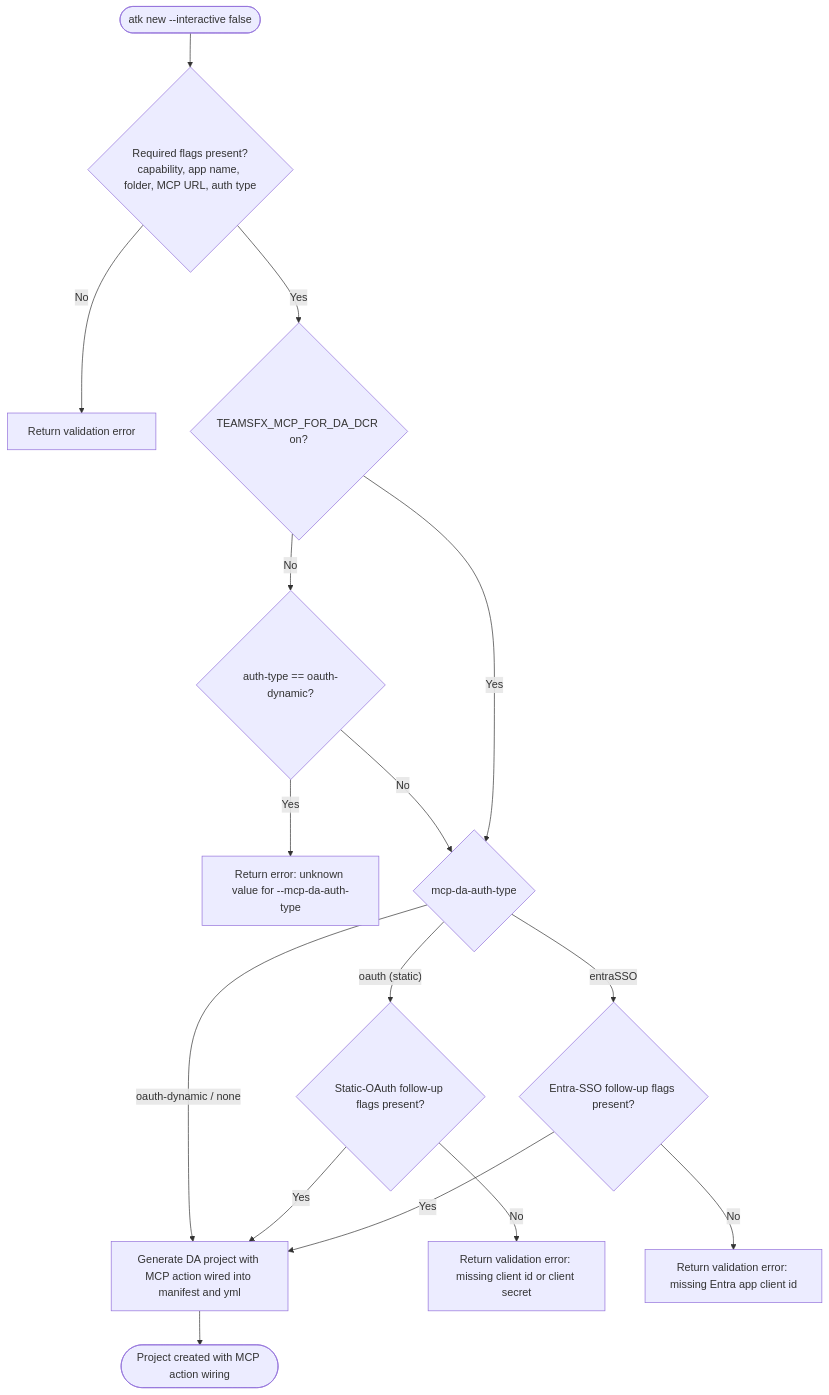
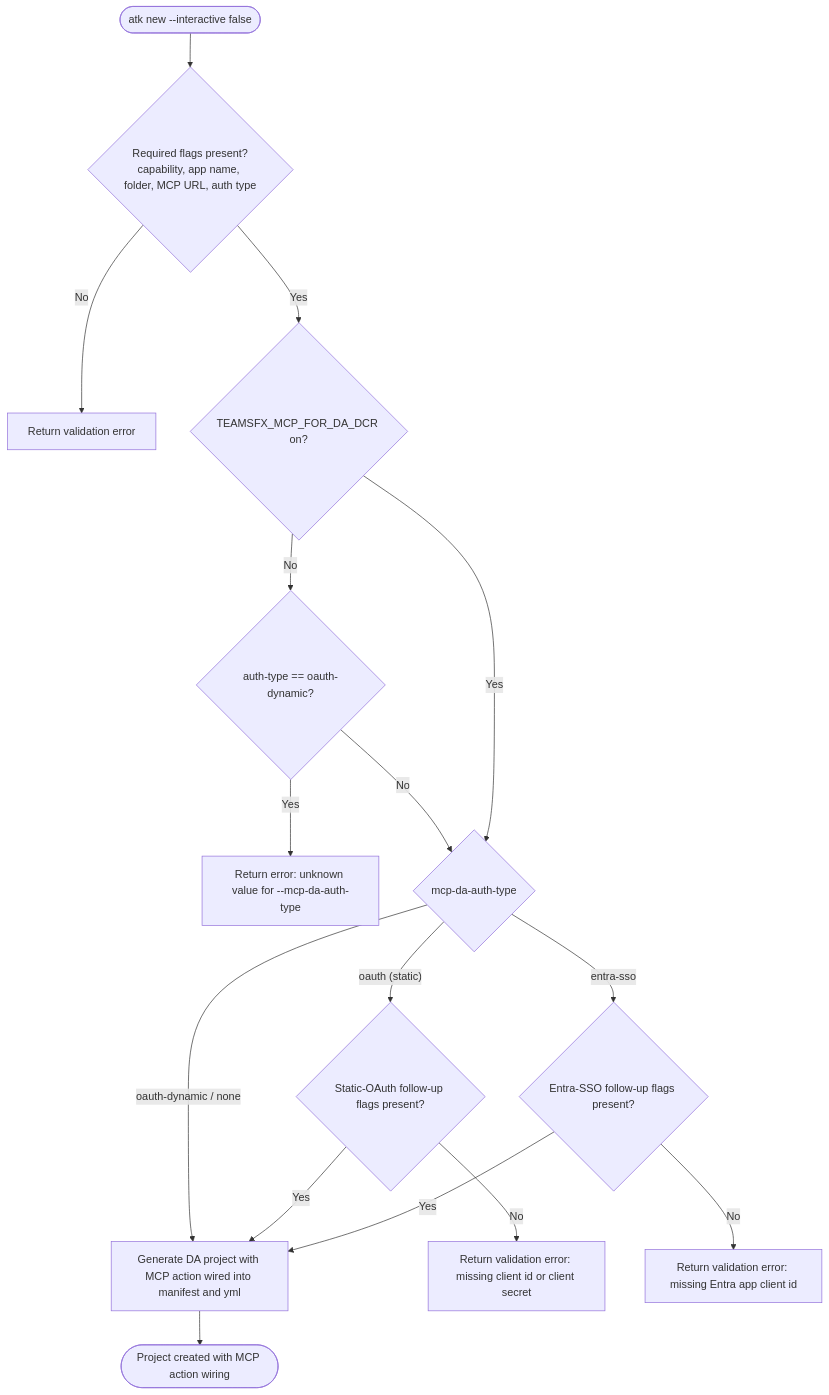
One commit to OfficeDev/microsoft-365-agents-toolkit changed the third of 4 diagrams in docs/01-product/scenarios/da/draft/create-da-with-mcp-server.md. Above: the diagram before and after it, drawn with Mermaid. The commit also changed other lines of this file and 3 other files, not shown here.

````diff
--- a/docs/01-product/scenarios/da/draft/create-da-with-mcp-server.md
+++ b/docs/01-product/scenarios/da/draft/create-da-with-mcp-server.md
@@ -134,18 +134,18 @@
 ```mermaid
 flowchart TD
   Start([atk new --interactive false]) --> ValidateFlags{Required flags present?<br/>capability, app name, folder, MCP URL, auth type}
   ValidateFlags -- No --> MissingOption[Return validation error]
   ValidateFlags -- Yes --> DcrGate{TEAMSFX_MCP_FOR_DA_DCR on?}
   DcrGate -- No --> RejectDynamic{auth-type == oauth-dynamic?}
   RejectDynamic -- Yes --> UnknownValue["Return error: unknown value for --mcp-da-auth-type"]
   RejectDynamic -- No --> AuthSwitch
   DcrGate -- Yes --> AuthSwitch{mcp-da-auth-type}
   AuthSwitch -- "oauth-dynamic / none" --> Generate
   AuthSwitch -- "oauth (static)" --> StaticFlags{Static-OAuth follow-up flags present?}
-  AuthSwitch -- entraSSO --> SsoFlags{Entra-SSO follow-up flags present?}
+  AuthSwitch -- entra-sso --> SsoFlags{Entra-SSO follow-up flags present?}
   StaticFlags -- No --> MissingStatic[Return validation error: missing client id or client secret]
   StaticFlags -- Yes --> Generate
   SsoFlags -- No --> MissingSso[Return validation error: missing Entra app client id]
   SsoFlags -- Yes --> Generate[Generate DA project with MCP action wired into manifest and yml]
   Generate --> Complete([Project created with MCP action wiring])
 ```
````
